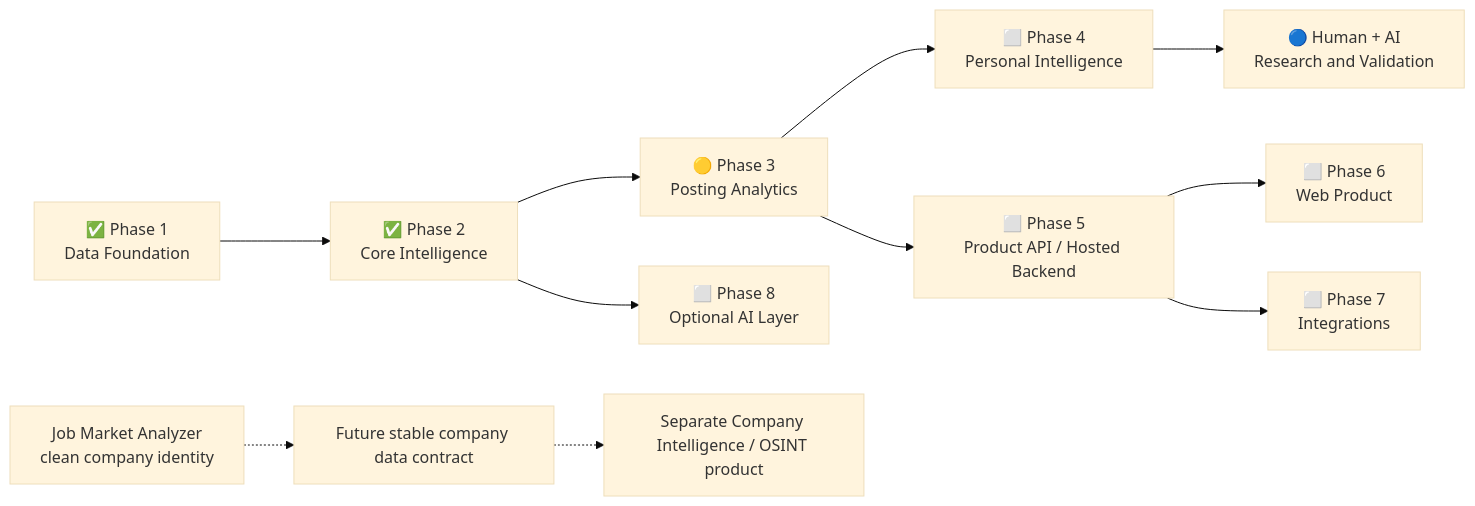
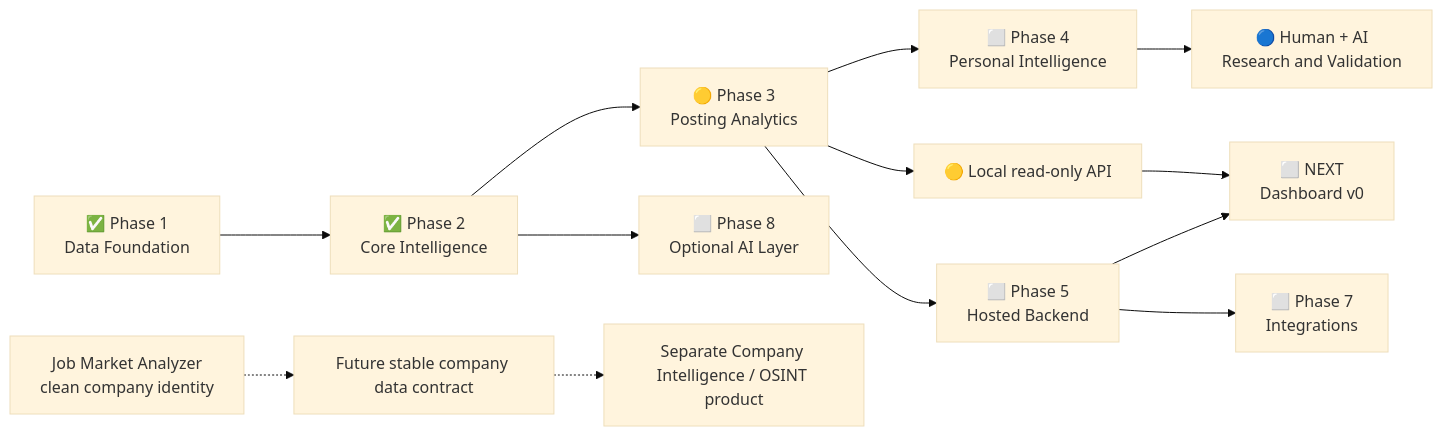
One commit to teremno/job-market-analyzer changed the first of 2 diagrams in docs/ROADMAP.md. Above: the diagram before and after it, drawn with Mermaid (base theme). The commit also changed other lines of this file and 16 other files, not shown here.

Commit message:
Add local read-only dashboard API

````diff
--- a/docs/ROADMAP.md
+++ b/docs/ROADMAP.md
@@ -39,13 +41,15 @@
 ```mermaid
 flowchart LR
     P1["✅ Phase 1<br/>Data Foundation"] --> P2["✅ Phase 2<br/>Core Intelligence"]
     P2 --> P3["🟡 Phase 3<br/>Posting Analytics"]
     P3 --> P4["⬜ Phase 4<br/>Personal Intelligence"]
-    P3 --> P5["⬜ Phase 5<br/>Product API / Hosted Backend"]
-    P5 --> P6["⬜ Phase 6<br/>Web Product"]
+    P3 --> LA["🟡 Local read-only API"]
+    LA --> P6["⬜ NEXT<br/>Dashboard v0"]
+    P3 --> P5["⬜ Phase 5<br/>Hosted Backend"]
+    P5 --> P6
     P5 --> P7["⬜ Phase 7<br/>Integrations"]
     P2 --> P8["⬜ Phase 8<br/>Optional AI Layer"]
     P4 --> R["🔵 Human + AI<br/>Research and Validation"]
     JMA["Job Market Analyzer<br/>clean company identity"] -.-> DC["Future stable company data contract"]
     DC -.-> CI["Separate Company Intelligence / OSINT product"]
 ```
````
